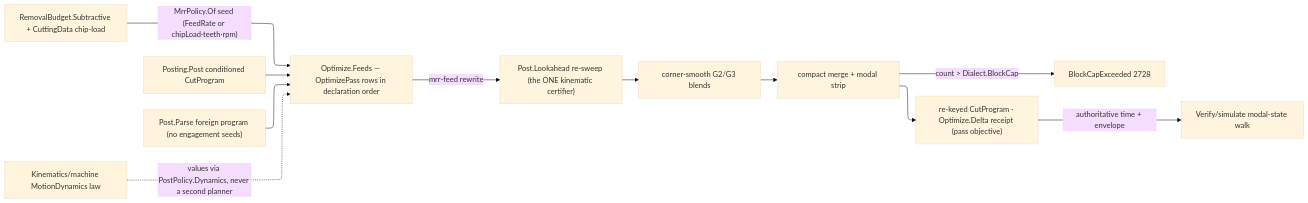
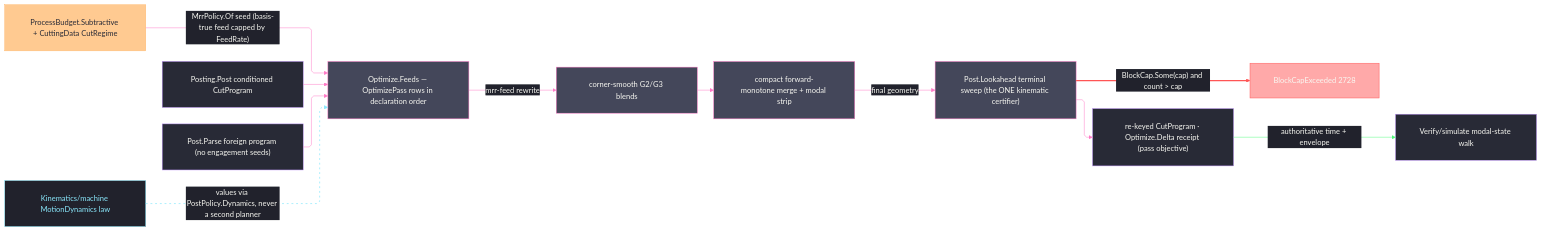
The diagram in libs/csharp/Rasm.Fabrication/.planning/Posting/optimization.md (bsamiee/Rasm), drawn with Mermaid before and after one commit. The commit also changed other lines of this file and 128 other files, not shown here.

````diff
--- a/libs/csharp/Rasm.Fabrication/.planning/Posting/optimization.md
+++ b/libs/csharp/Rasm.Fabrication/.planning/Posting/optimization.md
@@ -282,18 +427,51 @@
 ```mermaid
 ---
 config:
+  theme: base
+  look: classic
   layout: elk
-  theme: base
+  flowchart:
+    curve: linear
+    padding: 25
+  themeVariables:
+    darkMode: true
+    fontFamily: "SF Mono, Menlo, Cascadia Mono, Segoe UI Mono, Consolas, monospace"
+    useGradient: false
+    dropShadow: "none"
+    background: "#282A36"
+    primaryColor: "#44475A"
+    primaryTextColor: "#F8F8F2"
+    primaryBorderColor: "#BD93F9"
+    lineColor: "#FF79C6"
+    textColor: "#F8F8F2"
+    edgeLabelBackground: "#21222C"
+    labelBackgroundColor: "#21222C"
+  themeCSS: ".nodeLabel{font-size:13px;font-weight:500}.edgeLabel{font-size:12px;font-weight:500}.cluster-label .nodeLabel{font-size:13.5px;font-weight:700;letter-spacing:.08em}.edge-thickness-normal{stroke-width:2px}.edge-thickness-thick{stroke-width:3px}.edge-pattern-dashed,.edge-pattern-dotted{stroke-width:1.5px;stroke-dasharray:4 6}.node rect,.node circle,.node polygon,.node path,.node .outer-path{stroke-width:1.5px;filter:none!important}.cluster rect{stroke-width:1px!important;stroke-dasharray:5 4!important;filter:none!important}.marker path{transform:scale(.8);transform-origin:5px 5px}.marker circle{transform:scale(.48);transform-origin:5px 5px}.edgeLabel rect{transform-box:fill-box;transform-origin:center;transform:scale(1.1,1.2)}"
 ---
 flowchart LR
+    accTitle: Posting optimization rail
+    accDescr: Conditioned and parsed programs fold the selected pass rows in declaration order, certify the final geometry through the sole kinematic sweep, seal under the dialect cap, and hand authoritative timing to simulation.
     Post["Posting.Post conditioned CutProgram"] --> Apply["Optimize.Feeds — OptimizePass rows in declaration order"]
     Parse["Post.Parse foreign program (no engagement seeds)"] --> Apply
-    Physics["RemovalBudget.Subtractive + CuttingData chip-load"] -->|"MrrPolicy.Of seed (FeedRate or chipLoad·teeth·rpm)"| Apply
-    Apply -->|"mrr-feed rewrite"| Sweep["Post.Lookahead re-sweep (the ONE kinematic certifier)"]
-    Sweep --> SmoothP["corner-smooth G2/G3 blends"]
-    SmoothP --> CompactP["compact merge + modal strip"]
-    CompactP -->|"count > Dialect.BlockCap"| Cap["BlockCapExceeded 2728"]
-    CompactP --> Out["re-keyed CutProgram · Optimize.Delta receipt (pass objective)"]
+    Physics["ProcessBudget.Subtractive + CuttingData CutRegime"] -->|"MrrPolicy.Of seed (basis-true feed capped by FeedRate)"| Apply
+    Apply -->|"mrr-feed rewrite"| SmoothP["corner-smooth G2/G3 blends"]
+    SmoothP --> CompactP["compact forward-monotone merge + modal strip"]
+    CompactP -->|final geometry| Sweep["Post.Lookahead terminal sweep (the ONE kinematic certifier)"]
+    Sweep -->|"BlockCap.Some(cap) and count > cap"| Cap["BlockCapExceeded 2728"]
+    Sweep --> Out["re-keyed CutProgram · Optimize.Delta receipt (pass objective)"]
     Out -->|authoritative time + envelope| Sim["Verify/simulate modal-state walk"]
     Machine["Kinematics/machine MotionDynamics law"] -.->|"values via PostPolicy.Dynamics, never a second planner"| Apply
+    linkStyle 6 stroke:#FF5555,stroke-width:3px,color:#F8F8F2
+    linkStyle 8 stroke:#50FA7B,color:#F8F8F2
+    linkStyle 9 stroke:#8BE9FD,stroke-width:1.5px,stroke-dasharray:4 6,color:#F8F8F2
+    classDef primary fill:#44475A,stroke:#FF79C6,color:#F8F8F2
+    classDef boundary fill:#282A36,stroke:#BD93F9,color:#F8F8F2
+    classDef data fill:#FFB86CBF,stroke:#FFB86C,color:#282A36
+    classDef error fill:#FF555580,stroke:#FF5555,color:#F8F8F2
+    classDef external fill:#21222C,stroke:#8BE9FD,color:#8BE9FD
+    class Apply,Sweep,SmoothP,CompactP primary
+    class Post,Parse,Out,Sim boundary
+    class Physics data
+    class Cap error
+    class Machine external
 ```
````
